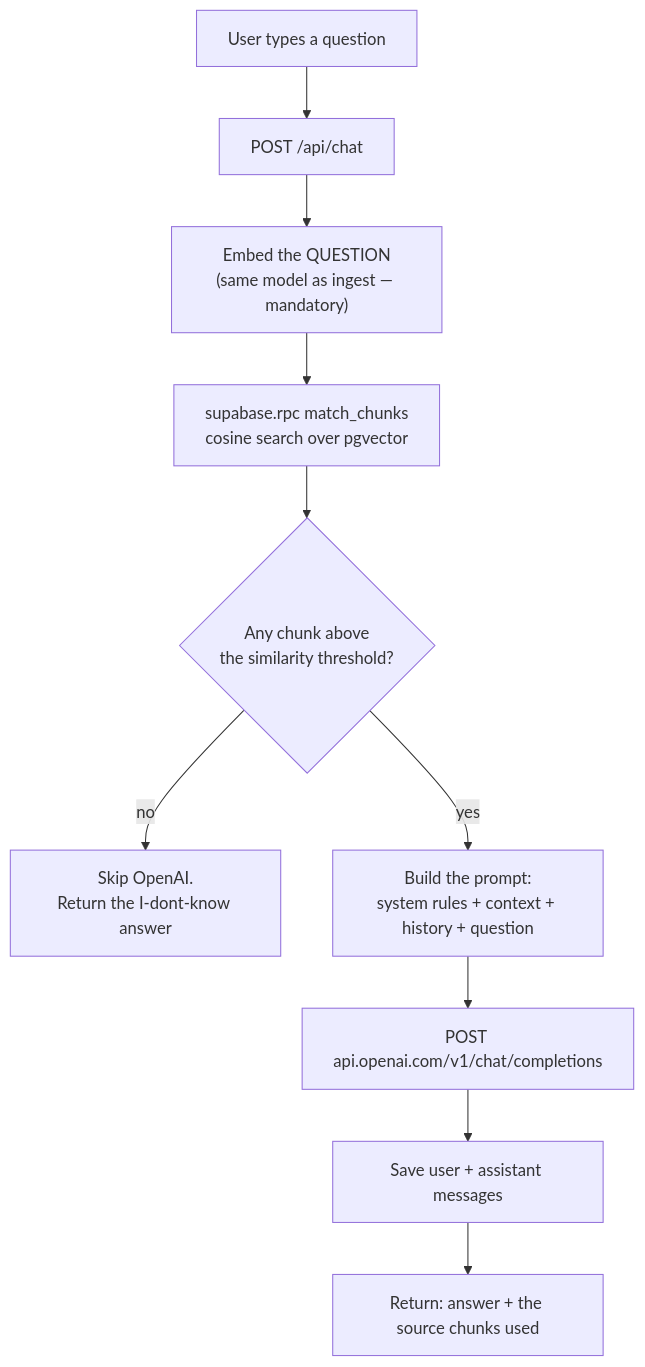
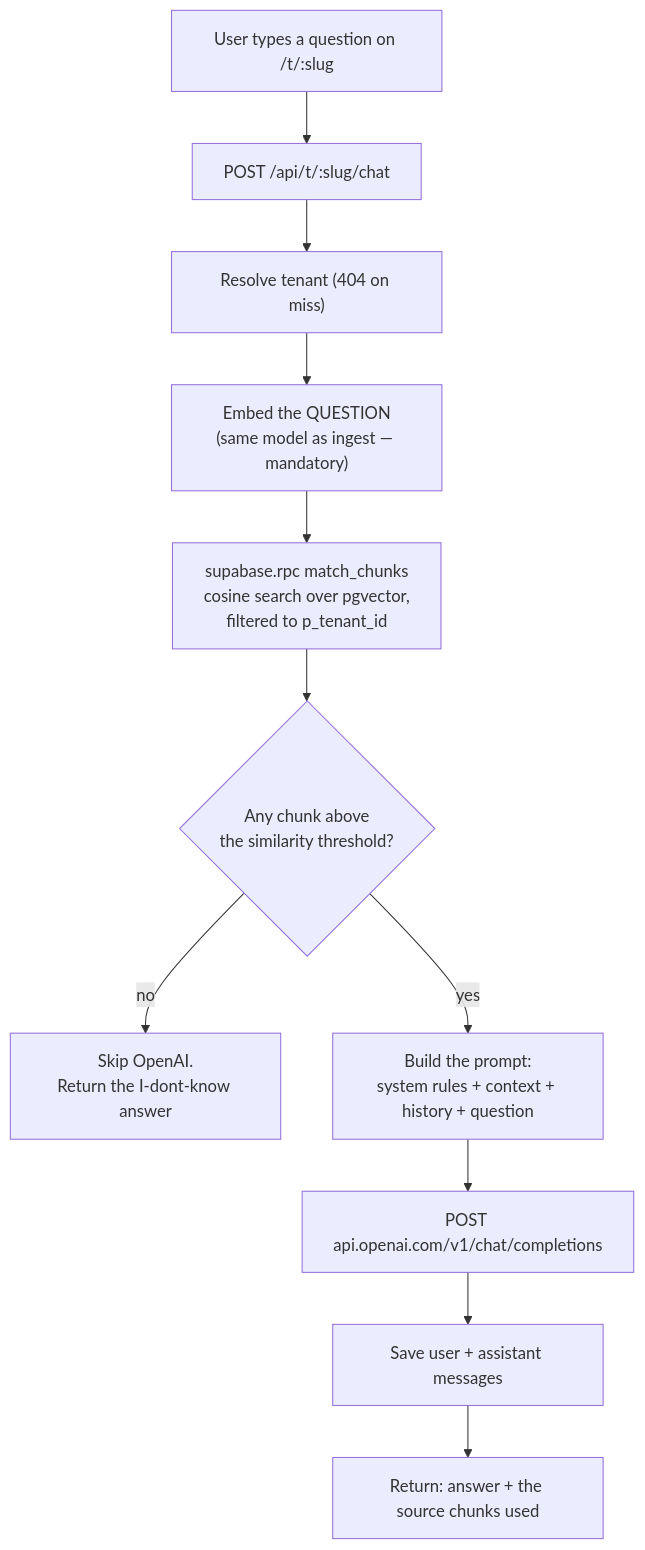
One commit to jenerdev/rag-chatbot-poc changed the second of 2 diagrams in architecture.md. Above: the diagram before and after it, drawn with Mermaid. The commit also changed other lines of this file and 8 other files, not shown here.

````diff
--- a/architecture.md
+++ b/architecture.md
@@ -118,12 +133,13 @@
 ```mermaid
 flowchart TD
-    A["User types a question"] --> B["POST /api/chat"]
-    B --> C["Embed the QUESTION<br/>(same model as ingest — mandatory)"]
-    C --> D["supabase.rpc match_chunks<br/>cosine search over pgvector"]
+    A["User types a question on /t/:slug"] --> B["POST /api/t/:slug/chat"]
+    B --> T["Resolve tenant (404 on miss)"]
+    T --> C["Embed the QUESTION<br/>(same model as ingest — mandatory)"]
+    C --> D["supabase.rpc match_chunks<br/>cosine search over pgvector,<br/>filtered to p_tenant_id"]
     D --> E{"Any chunk above<br/>the similarity threshold?"}
     E -- no --> F["Skip OpenAI.<br/>Return the I-dont-know answer"]
     E -- yes --> G["Build the prompt:<br/>system rules + context + history + question"]
     G --> H["POST api.openai.com/v1/chat/completions"]
     H --> I["Save user + assistant messages"]
     I --> J["Return: answer + the source chunks used"]
 ```
````
